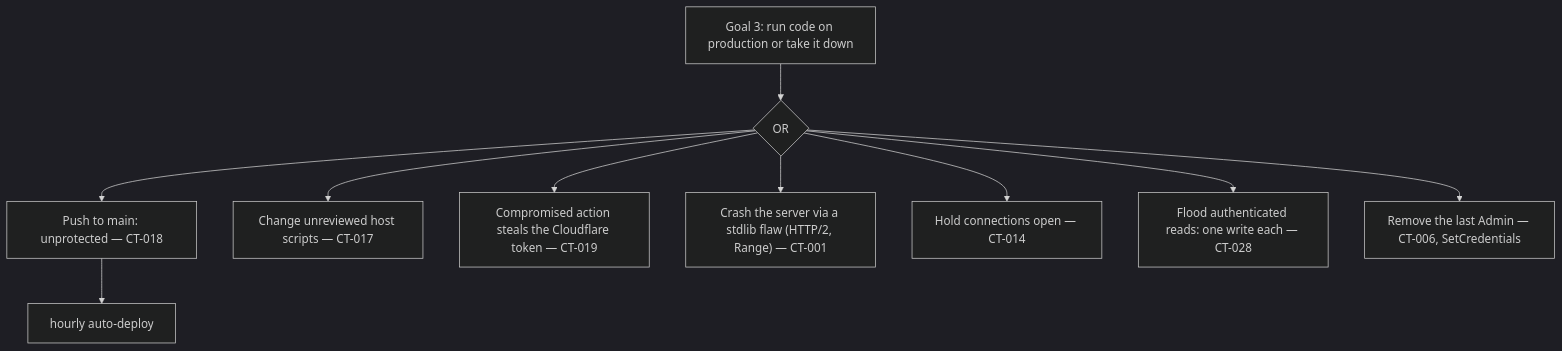
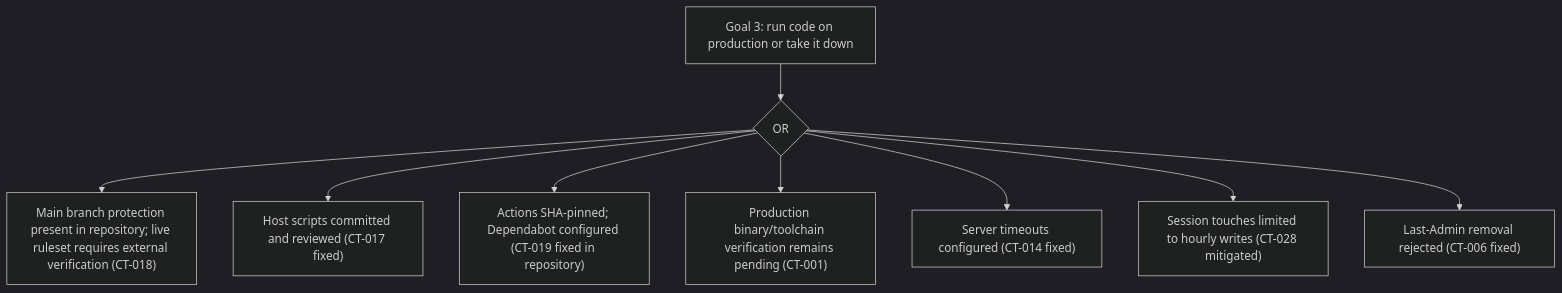
One commit to robinschweitz/raid-website changed the third of 3 diagrams in THREAT_MODEL_CODE.md. Above: the diagram before and after it, drawn with Mermaid (dark theme). The commit also changed other lines of this file and 2 other files, not shown here.

````diff
--- a/THREAT_MODEL_CODE.md
+++ b/THREAT_MODEL_CODE.md
@@ -267,11 +274,11 @@
 ```mermaid
 flowchart TD
   G3["Goal 3: run code on production or take it down"] --> O{OR}
-  O --> C1["Push to main: unprotected — CT-018"] --> W["hourly auto-deploy"]
-  O --> C2["Change unreviewed host scripts — CT-017"]
-  O --> C3["Compromised action steals the Cloudflare token — CT-019"]
-  O --> C4["Crash the server via a stdlib flaw (HTTP/2, Range) — CT-001"]
-  O --> C5["Hold connections open — CT-014"]
-  O --> C6["Flood authenticated reads: one write each — CT-028"]
-  O --> C7["Remove the last Admin — CT-006, SetCredentials"]
+  O --> C1["Main branch protection present in repository; live ruleset requires external verification (CT-018)"]
+  O --> C2["Host scripts committed and reviewed (CT-017 fixed)"]
+  O --> C3["Actions SHA-pinned; Dependabot configured (CT-019 fixed in repository)"]
+  O --> C4["Production binary/toolchain verification remains pending (CT-001)"]
+  O --> C5["Server timeouts configured (CT-014 fixed)"]
+  O --> C6["Session touches limited to hourly writes (CT-028 mitigated)"]
+  O --> C7["Last-Admin removal rejected (CT-006 fixed)"]
 ```
````
